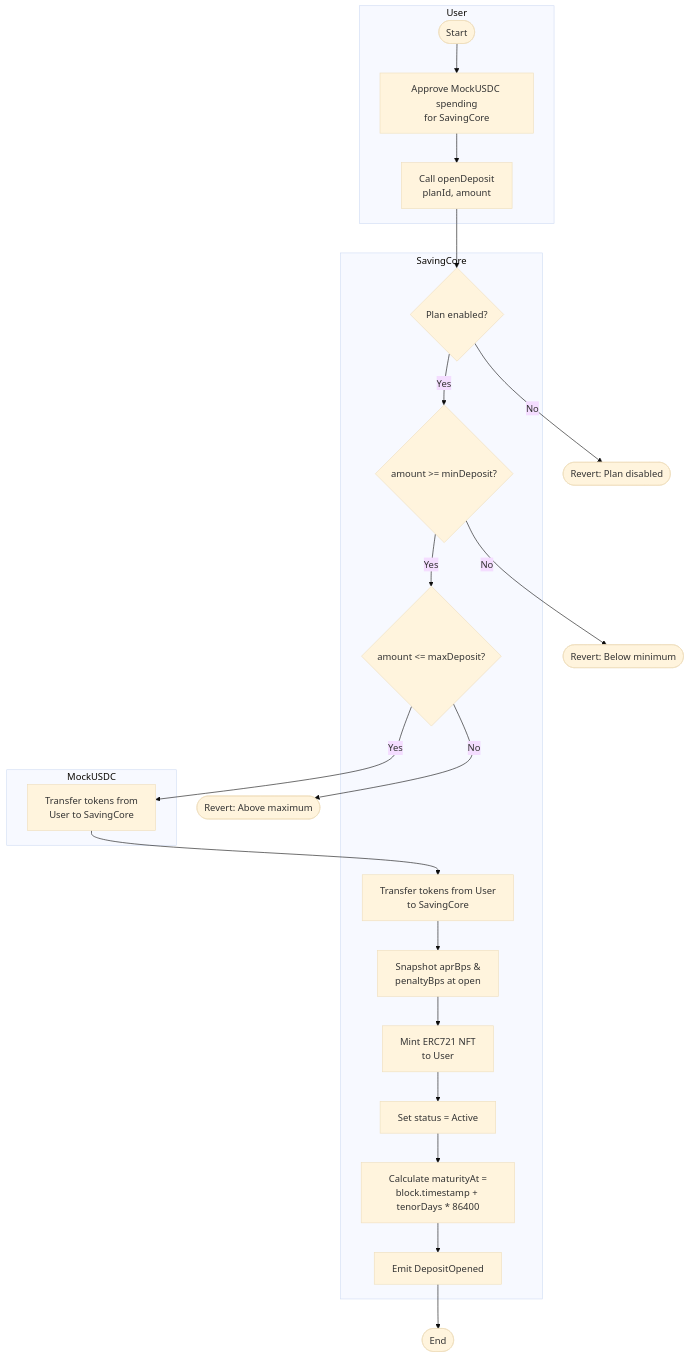
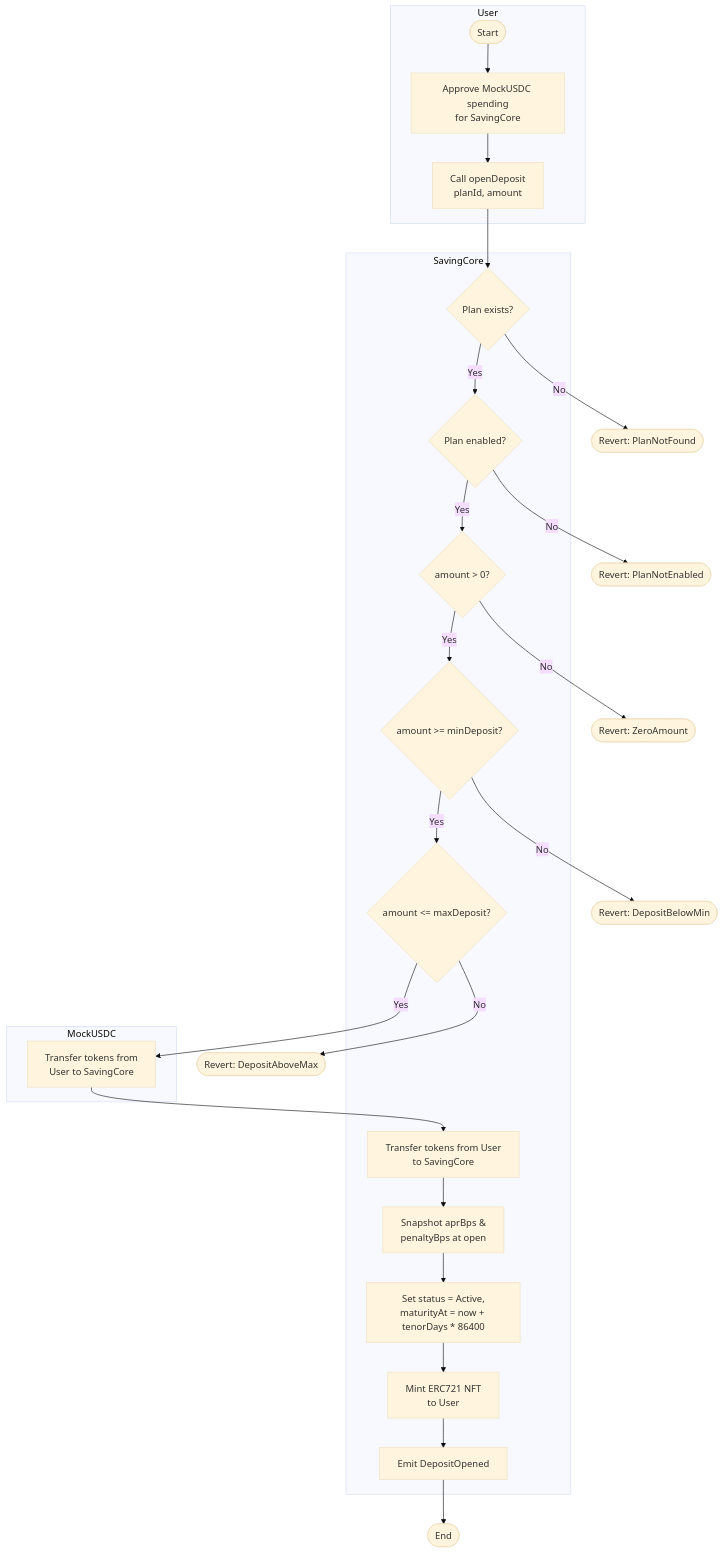
The first of 10 diagrams in docs/diagrams/activity-diagram.md (yang-sin-pal/AC_BlockChain_Online_Saving), drawn with Mermaid (base theme) before and after one commit. The commit also changed other lines of this file and 2 other files, not shown here.

First line of the commit message:
Enhance sequence and use case diagrams for Online Saving System

````diff
--- a/docs/diagrams/activity-diagram.md
+++ b/docs/diagrams/activity-diagram.md
@@ -20,38 +44,42 @@
 ```mermaid
 flowchart TD
     subgraph User
         A1([Start]) --> A2[Approve MockUSDC spending\nfor SavingCore]
         A2 --> A3[Call openDeposit\nplanId, amount]
     end
 
     subgraph SavingCore
-        A4{Plan enabled?}
-        A5{amount >= minDeposit?}
-        A6{amount <= maxDeposit?}
-        A7[Transfer tokens from User\nto SavingCore]
-        A8[Snapshot aprBps &\npenaltyBps at open]
-        A9[Mint ERC721 NFT\nto User]
-        A10[Set status = Active]
-        A11[Calculate maturityAt =\nblock.timestamp + tenorDays * 86400]
-        A12[Emit DepositOpened]
+        A4{Plan exists?}
+        A5{Plan enabled?}
+        A6{amount > 0?}
+        A7{amount >= minDeposit?}
+        A8{amount <= maxDeposit?}
+        A9[Transfer tokens from User\nto SavingCore]
+        A10[Snapshot aprBps &\npenaltyBps at open]
+        A11[Set status = Active,\nmaturityAt = now + tenorDays * 86400]
+        A12[Mint ERC721 NFT\nto User]
+        A13[Emit DepositOpened]
     end
 
     subgraph MockUSDC
-        A13[Transfer tokens from\nUser to SavingCore]
+        A14[Transfer tokens from\nUser to SavingCore]
     end
 
     A3 --> A4
-    A4 -- No --> A4R([Revert: Plan disabled])
+    A4 -- No --> A4R([Revert: PlanNotFound])
     A4 -- Yes --> A5
-    A5 -- No --> A5R([Revert: Below minimum])
+    A5 -- No --> A5R([Revert: PlanNotEnabled])
     A5 -- Yes --> A6
-    A6 -- No --> A6R([Revert: Above maximum])
-    A6 -- Yes --> A13
-    A13 --> A7
-    A7 --> A8
-    A8 --> A9
+    A6 -- No --> A6R([Revert: ZeroAmount])
+    A6 -- Yes --> A7
+    A7 -- No --> A7R([Revert: DepositBelowMin])
+    A7 -- Yes --> A8
+    A8 -- No --> A8R([Revert: DepositAboveMax])
+    A8 -- Yes --> A14
+    A14 --> A9
     A9 --> A10
     A10 --> A11
     A11 --> A12
-    A12 --> A14([End])
+    A12 --> A13
+    A13 --> A15([End])
 ```
````
